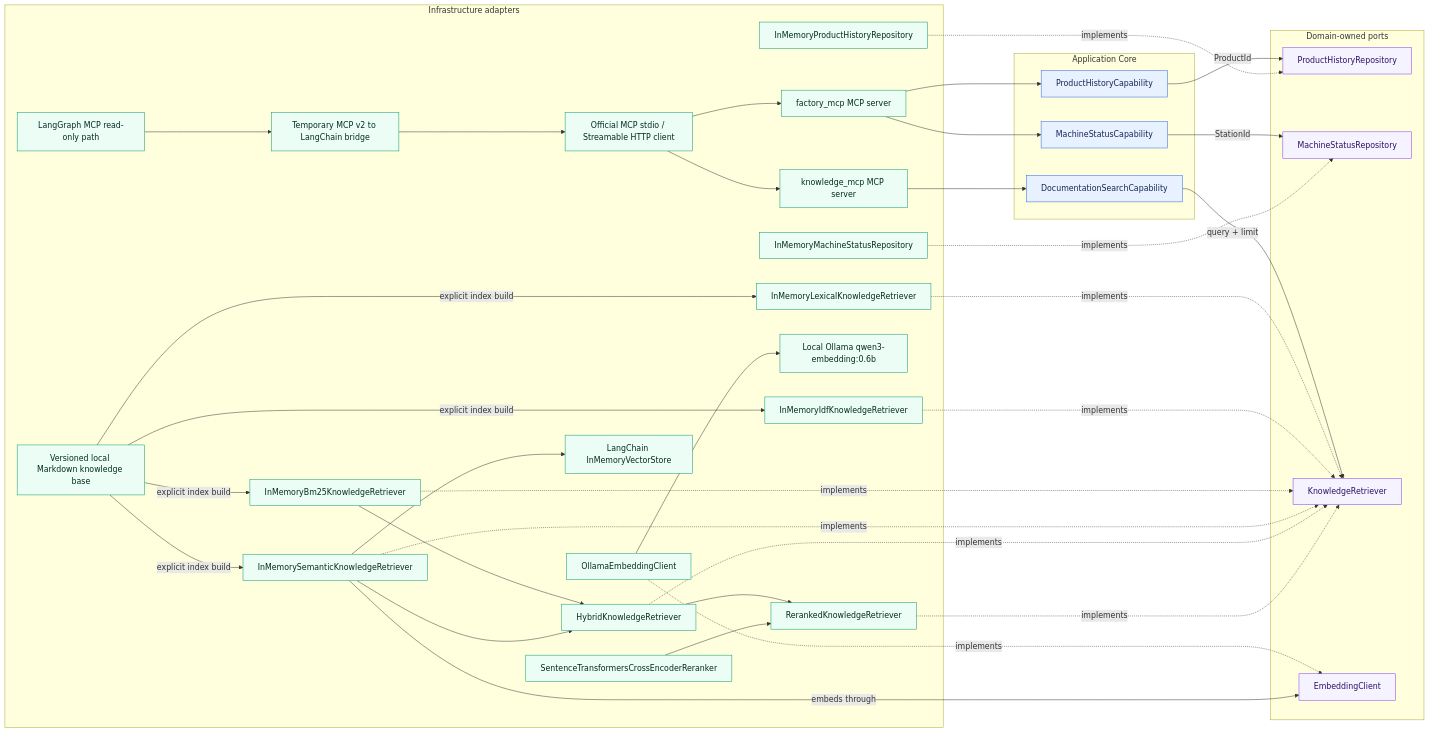
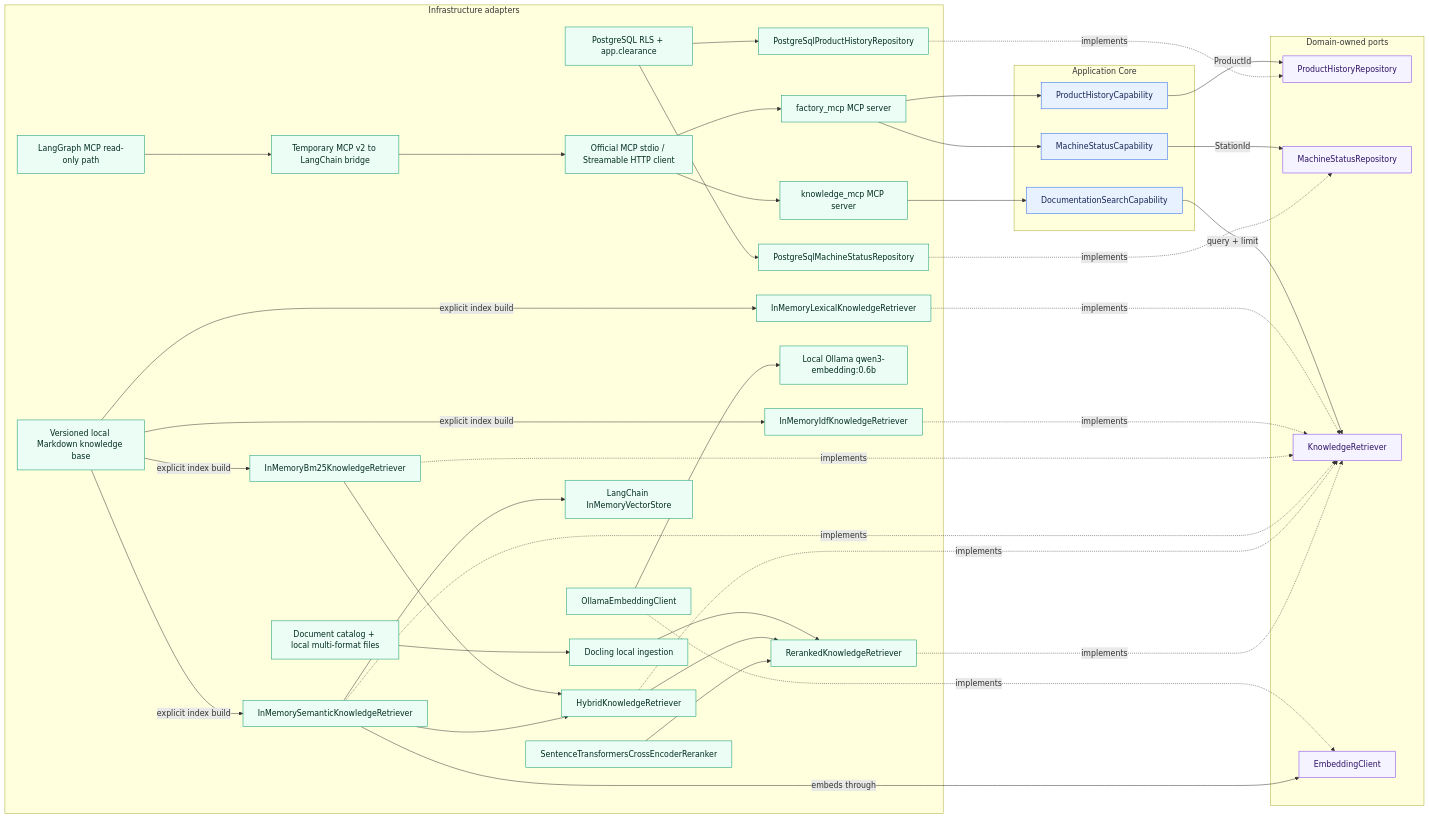
One commit to aboerzel/industrial-ai-agent changed the second of 12 diagrams in docs/architecture/overview.md. Above: the diagram before and after it, drawn with Mermaid. The commit also changed other lines of this file and 55 other files, not shown here.

````diff
--- a/docs/architecture/overview.md
+++ b/docs/architecture/overview.md
@@ -66,74 +79,81 @@
 ```mermaid
 flowchart LR
     subgraph Core["Application Core"]
         PHC["ProductHistoryCapability"]
         MSC["MachineStatusCapability"]
         DSC["DocumentationSearchCapability"]
     end
 
     subgraph Ports["Domain-owned ports"]
         PHR["ProductHistoryRepository"]
         MSR["MachineStatusRepository"]
         KR["KnowledgeRetriever"]
         EP["EmbeddingClient"]
     end
 
     subgraph Infrastructure["Infrastructure adapters"]
-        PHM["InMemoryProductHistoryRepository"]
-        MSM["InMemoryMachineStatusRepository"]
+        PHM["PostgreSqlProductHistoryRepository"]
+        MSM["PostgreSqlMachineStatusRepository"]
+        RLS["PostgreSQL RLS + app.clearance"]
+        DOCS["Document catalog + local multi-format files"]
+        DOCLING["Docling local ingestion"]
         LKR["InMemoryLexicalKnowledgeRetriever"]
         IDF["InMemoryIdfKnowledgeRetriever"]
         BM25["InMemoryBm25KnowledgeRetriever"]
         SEM["InMemorySemanticKnowledgeRetriever"]
         HYB["HybridKnowledgeRetriever"]
         RER["RerankedKnowledgeRetriever"]
         CEP["SentenceTransformersCrossEncoderReranker"]
         OEC["OllamaEmbeddingClient"]
         VEC["LangChain InMemoryVectorStore"]
         KB["Versioned local Markdown knowledge base"]
         OLLAMA["Local Ollama qwen3-embedding:0.6b"]
         FMCP["factory_mcp MCP server"]
         KMCP["knowledge_mcp MCP server"]
         MCPCLIENT["Official MCP stdio / Streamable HTTP client"]
         MCPBRIDGE["Temporary MCP v2 to LangChain bridge"]
         LG["LangGraph MCP read-only path"]
     end
 
     PHC -->|"ProductId"| PHR
     MSC -->|"StationId"| MSR
     DSC -->|"query + limit"| KR
     PHM -.->|"implements"| PHR
     MSM -.->|"implements"| MSR
+    RLS --> PHM
+    RLS --> MSM
+    DOCS --> DOCLING
+    DOCLING --> RER
     LKR -.->|"implements"| KR
     IDF -.->|"implements"| KR
     BM25 -.->|"implements"| KR
     SEM -.->|"implements"| KR
     HYB -.->|"implements"| KR
     RER -.->|"implements"| KR
     OEC -.->|"implements"| EP
     KB -->|"explicit index build"| LKR
     KB -->|"explicit index build"| IDF
     KB -->|"explicit index build"| BM25
     KB -->|"explicit index build"| SEM
     BM25 --> HYB
     SEM --> HYB
     HYB --> RER
     CEP --> RER
     SEM -->|"embeds through"| EP
     SEM --> VEC
     OEC --> OLLAMA
     FMCP --> PHC
     FMCP --> MSC
     KMCP --> DSC
     MCPCLIENT --> FMCP
     MCPCLIENT --> KMCP
     LG --> MCPBRIDGE
     MCPBRIDGE --> MCPCLIENT
 
     classDef core fill:#e8f1ff,stroke:#2563eb,color:#172554
     classDef port fill:#f5f3ff,stroke:#7c3aed,color:#2e1065
     classDef adapter fill:#ecfdf5,stroke:#059669,color:#022c22
     class PHC,MSC,DSC core
     class PHR,MSR,KR,EP port
-    class PHM,MSM,LKR,IDF,BM25,SEM,HYB,RER,CEP,OEC,VEC,KB,OLLAMA,FMCP,KMCP,MCPCLIENT,MCPBRIDGE,LG adapter
+    class PHM,MSM,RLS,DOCS,DOCLING,LKR,IDF,BM25,SEM,HYB,RER,CEP,OEC,VEC,KB,OLLAMA,FMCP,KMCP,MCPCLIENT,MCPBRIDGE,LG adapter
 ```
````
